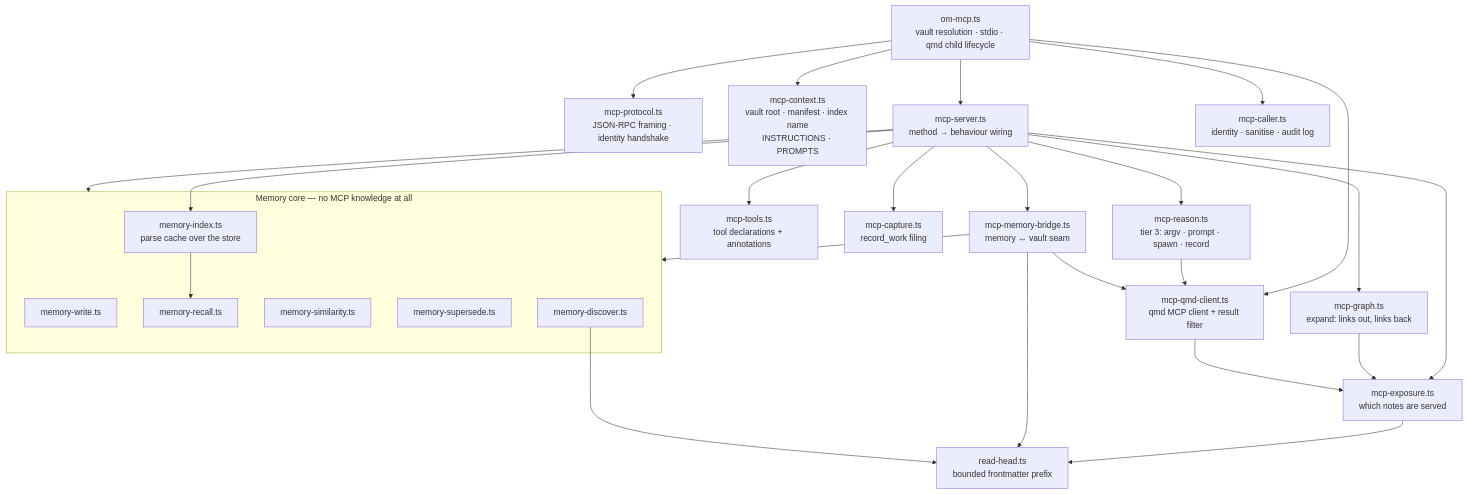
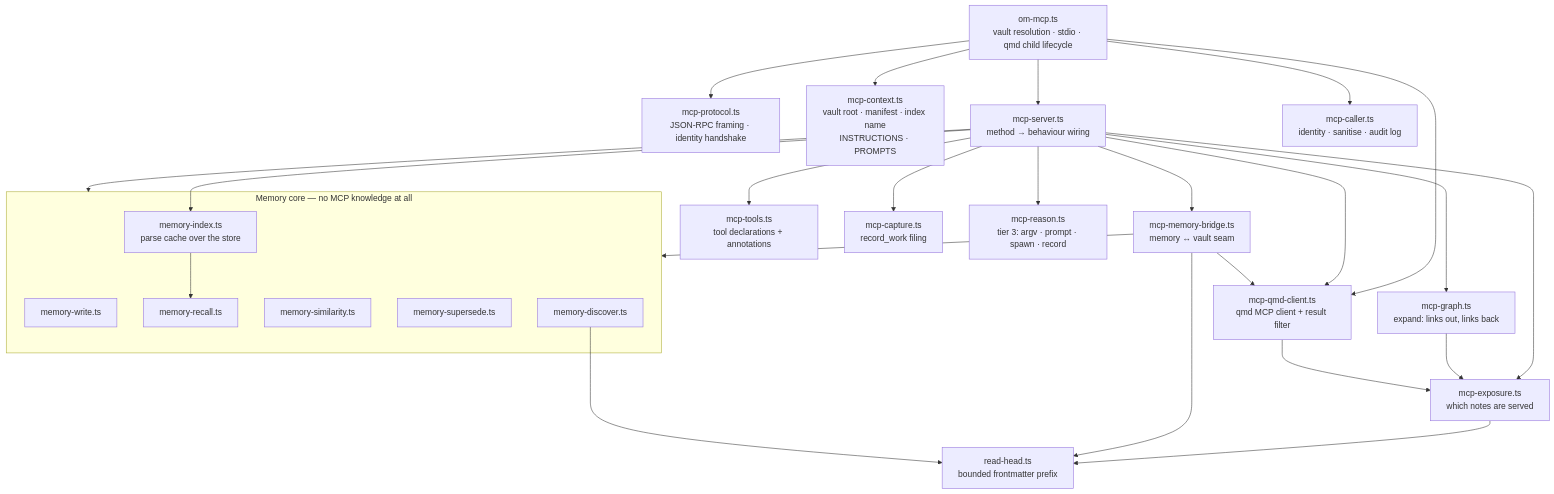
Before and after one commit to breferrari/obsidian-mind: the seventh of 21 diagrams in ARCHITECTURE.md, drawn with Mermaid. The commit also changed other lines of this file and 12 other files, not shown here.

````diff
--- a/ARCHITECTURE.md
+++ b/ARCHITECTURE.md
@@ -382,47 +383,47 @@
 ```mermaid
 flowchart TB
     Entry["om-mcp.ts<br/>vault resolution · stdio · qmd child lifecycle"]
     Proto["mcp-protocol.ts<br/>JSON-RPC framing · identity handshake"]
     Ctx["mcp-context.ts<br/>vault root · manifest · index name<br/>INSTRUCTIONS · PROMPTS"]
     Server["mcp-server.ts<br/>method → behaviour wiring"]
     Tools["mcp-tools.ts<br/>tool declarations + annotations"]
     Exp["mcp-exposure.ts<br/>which notes are served"]
     Qmd["mcp-qmd-client.ts<br/>qmd MCP client + result filter"]
     Graph["mcp-graph.ts<br/>expand: links out, links back"]
     Caller["mcp-caller.ts<br/>identity · sanitise · audit log"]
     Bridge["mcp-memory-bridge.ts<br/>memory ↔ vault seam"]
     Capture["mcp-capture.ts<br/>record_work filing"]
     Reason["mcp-reason.ts<br/>tier 3: argv · prompt · spawn · record"]
     RH["read-head.ts<br/>bounded frontmatter prefix"]
     subgraph Core["Memory core — no MCP knowledge at all"]
         MW["memory-write.ts"]
         MR["memory-recall.ts"]
         MS["memory-similarity.ts"]
         MSup["memory-supersede.ts"]
         MD["memory-discover.ts"]
         Idx["memory-index.ts<br/>parse cache over the store"]
     end
 
     Entry --> Proto
     Entry --> Ctx
     Entry --> Server
     Entry --> Qmd
     Entry --> Caller
     Server --> Tools
     Server --> Exp
     Server --> Graph
     Server --> Bridge
     Server --> Capture
     Server --> Reason
     Server --> Idx
     Server --> Core
-    Reason --> Qmd
+    Server --> Qmd
     Idx --> MR
     Graph --> Exp
     Qmd --> Exp
     Bridge --> Core
     Bridge --> Qmd
     Exp --> RH
     Bridge --> RH
     MD --> RH
 ```
````
